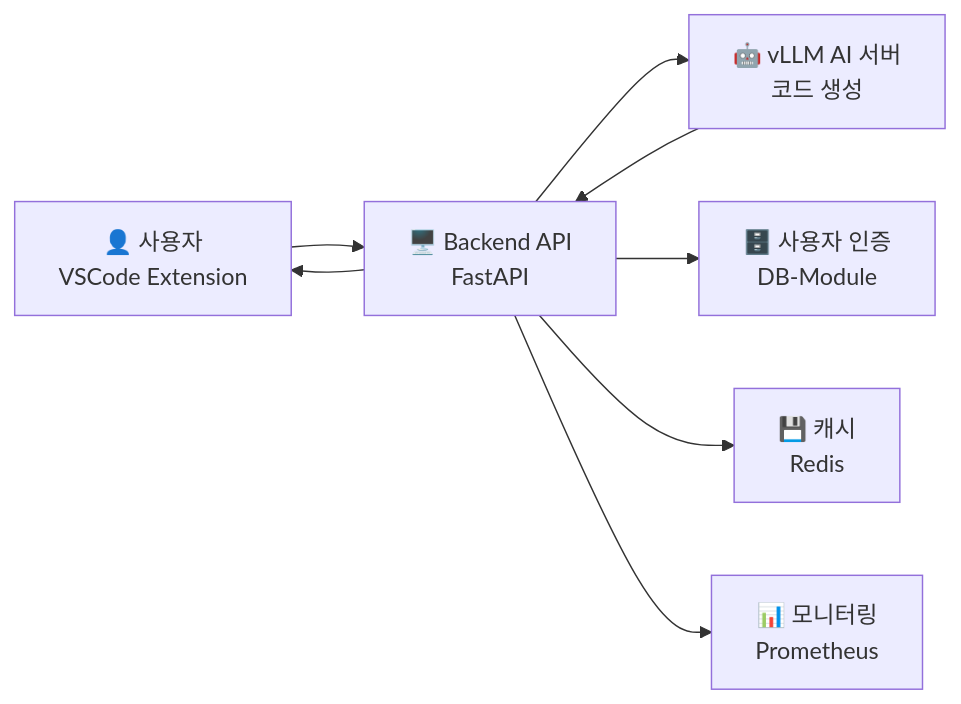
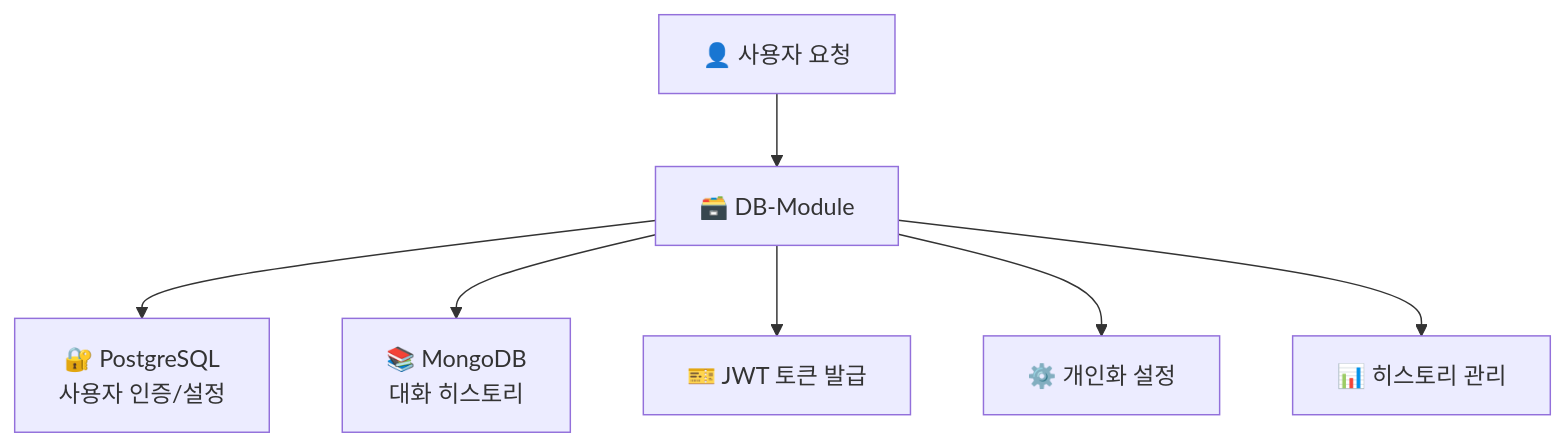
The diagram in README.md (Hi-dle-hancom/frontend), drawn with Mermaid before and after one commit. The commit also changed other lines of this file and 76 other files, not shown here.

````diff
--- a/README.md
+++ b/README.md
@@ -10,11 +10,10 @@
 ```mermaid
-graph LR
-    A[👤 사용자<br/>VSCode Extension] --> B[🖥️ Backend API<br/>FastAPI]
-    B --> C[🤖 vLLM AI 서버<br/>코드 생성]
-    C --> B
-    B --> A
+graph TB
+    A[👤 사용자 요청] --> B[🗃️ DB-Module]
+    B --> C[🔐 PostgreSQL<br/>사용자 인증/설정]
+    B --> D[📚 MongoDB<br/>대화 히스토리]
 
-    B --> D[🗄️ 사용자 인증<br/>DB-Module]
-    B --> E[💾 캐시<br/>Redis]
-    B --> F[📊 모니터링<br/>Prometheus]
+    B --> E[🎫 JWT 토큰 발급]
+    B --> F[⚙️ 개인화 설정]
+    B --> G[📊 히스토리 관리]
 ```
````
